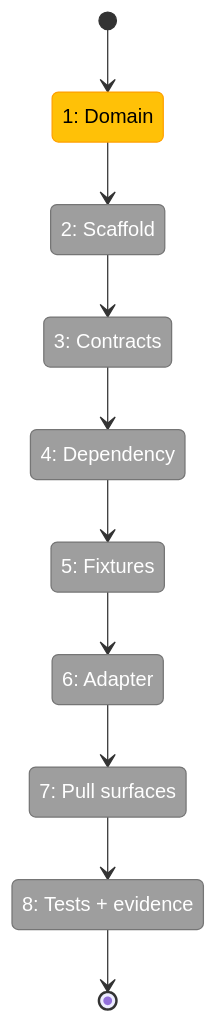
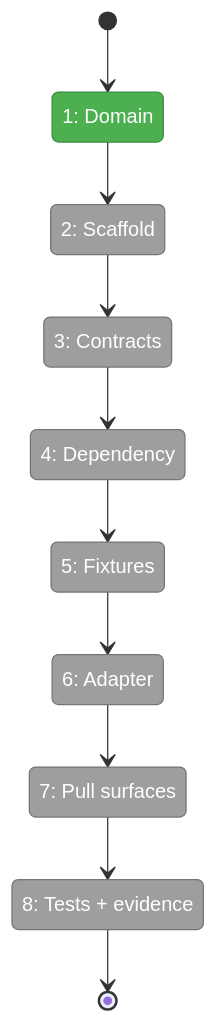
One commit to vaughanknight/pij changed the first of 2 diagrams in docs/plans/007-options-for-pi-extensions-that-do-subagents/tasks/phase-1-minih-inventory-artifact-adapter/tasks.fltplan.md. Above: the diagram before and after it, drawn with Mermaid. The commit also changed other lines of this file and 4 other files, not shown here.

````diff
--- a/docs/plans/007-options-for-pi-extensions-that-do-subagents/tasks/phase-1-minih-inventory-artifact-adapter/tasks.fltplan.md
+++ b/docs/plans/007-options-for-pi-extensions-that-do-subagents/tasks/phase-1-minih-inventory-artifact-adapter/tasks.fltplan.md
@@ -42,29 +42,29 @@
 ```mermaid
 stateDiagram-v2
     classDef pending fill:#9E9E9E,stroke:#757575,color:#fff
     classDef active fill:#FFC107,stroke:#FFA000,color:#000
     classDef done fill:#4CAF50,stroke:#388E3C,color:#fff
     classDef blocked fill:#F44336,stroke:#D32F2F,color:#fff
 
     state "1: Domain" as S1
     state "2: Scaffold" as S2
     state "3: Contracts" as S3
     state "4: Dependency" as S4
     state "5: Fixtures" as S5
     state "6: Adapter" as S6
     state "7: Pull surfaces" as S7
     state "8: Tests + evidence" as S8
 
     [*] --> S1
     S1 --> S2
     S2 --> S3
     S3 --> S4
     S4 --> S5
     S5 --> S6
     S6 --> S7
     S7 --> S8
     S8 --> [*]
 
-    class S1 active
+    class S1 done
     class S2,S3,S4,S5,S6,S7,S8 pending
 ```
````
